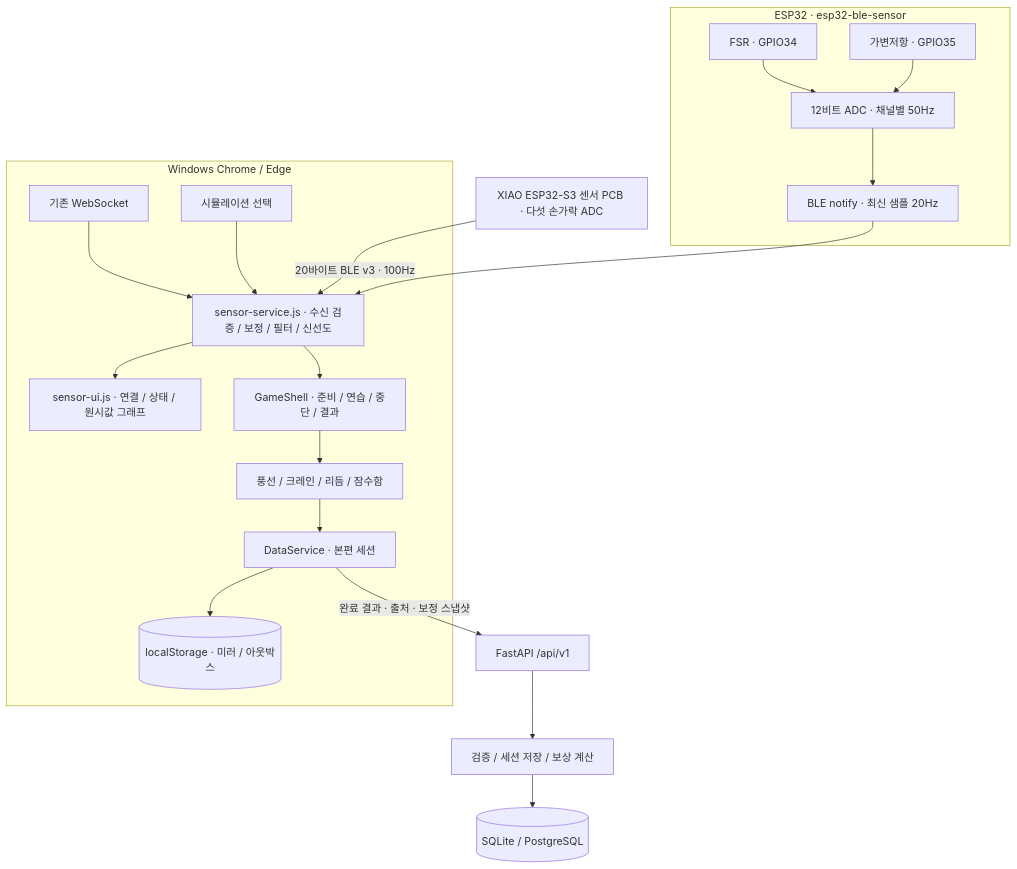
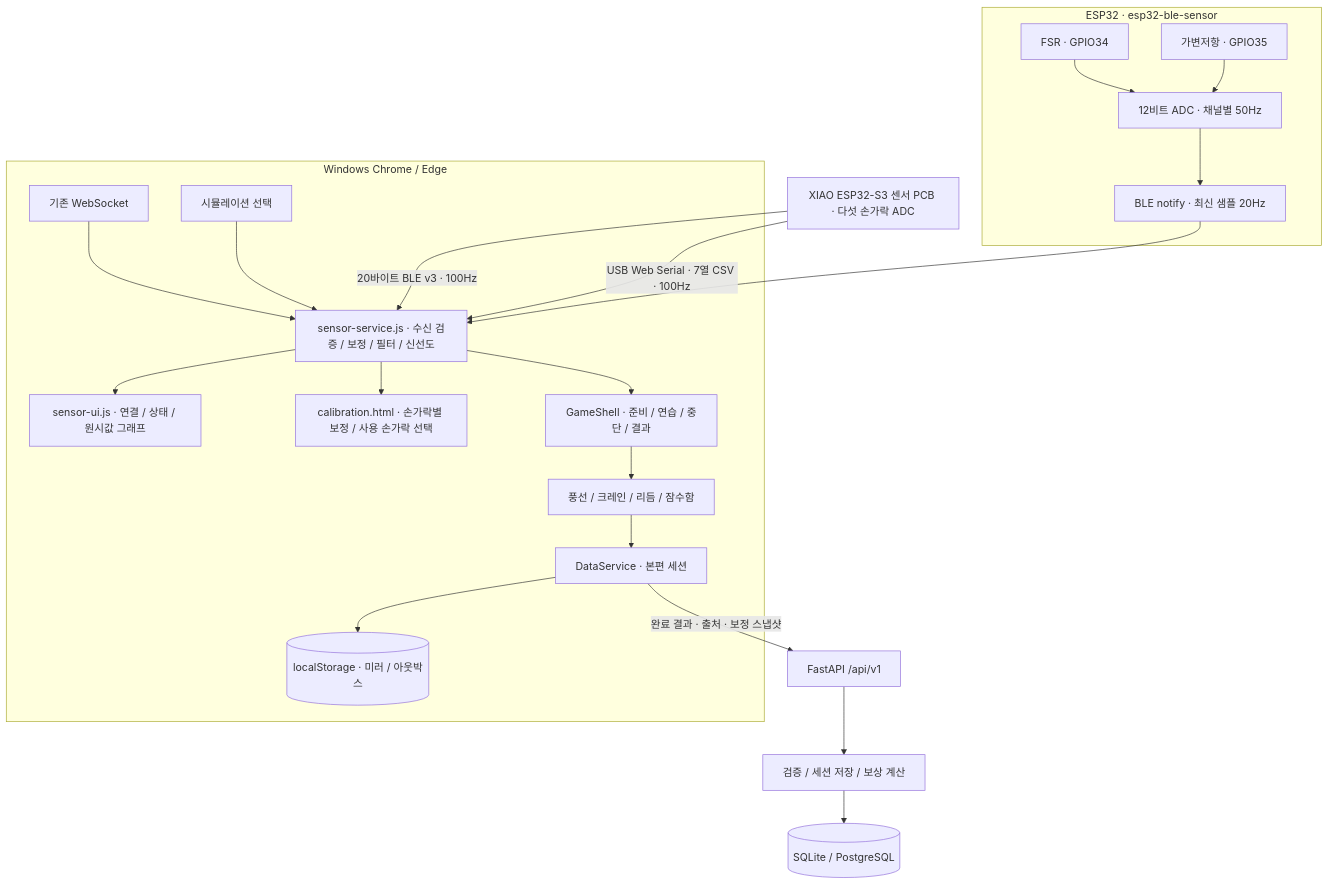
The diagram in ARCHITECTURE.md (jhsoo0211/ReGrip), drawn with Mermaid before and after one commit. The commit also changed other lines of this file and 6 other files, not shown here.

First line of the commit message:
docs: USB connection, per-finger calibration and 2026-10-02 (2nd) checks

````diff
--- a/ARCHITECTURE.md
+++ b/ARCHITECTURE.md
@@ -9,22 +9,24 @@
 ```mermaid
 flowchart TB
     subgraph Device["ESP32 · esp32-ble-sensor"]
         F["FSR · GPIO34"] --> ADC["12비트 ADC · 채널별 50Hz"]
         P["가변저항 · GPIO35"] --> ADC
         ADC --> BLE["BLE notify · 최신 샘플 20Hz"]
     end
     XIAO["XIAO ESP32-S3 센서 PCB · 다섯 손가락 ADC"] -->|"20바이트 BLE v3 · 100Hz"| SS
+    XIAO -->|"USB Web Serial · 7열 CSV · 100Hz"| SS
     subgraph Browser["Windows Chrome / Edge"]
         BLE --> SS["sensor-service.js · 수신 검증 / 보정 / 필터 / 신선도"]
         WS["기존 WebSocket"] --> SS
         SIM["시뮬레이션 선택"] --> SS
         SS --> UI["sensor-ui.js · 연결 / 상태 / 원시값 그래프"]
+        SS --> CAL["calibration.html · 손가락별 보정 / 사용 손가락 선택"]
         SS --> GS["GameShell · 준비 / 연습 / 중단 / 결과"]
         GS --> GAME["풍선 / 크레인 / 리듬 / 잠수함"]
         GAME --> DS["DataService · 본편 세션"]
         DS --> LOCAL[("localStorage · 미러 / 아웃박스")]
     end
     DS -->|"완료 결과 · 출처 · 보정 스냅샷"| API["FastAPI /api/v1"]
     API --> TX["검증 / 세션 저장 / 보상 계산"]
     TX --> DB[("SQLite / PostgreSQL")]
 ```
````
